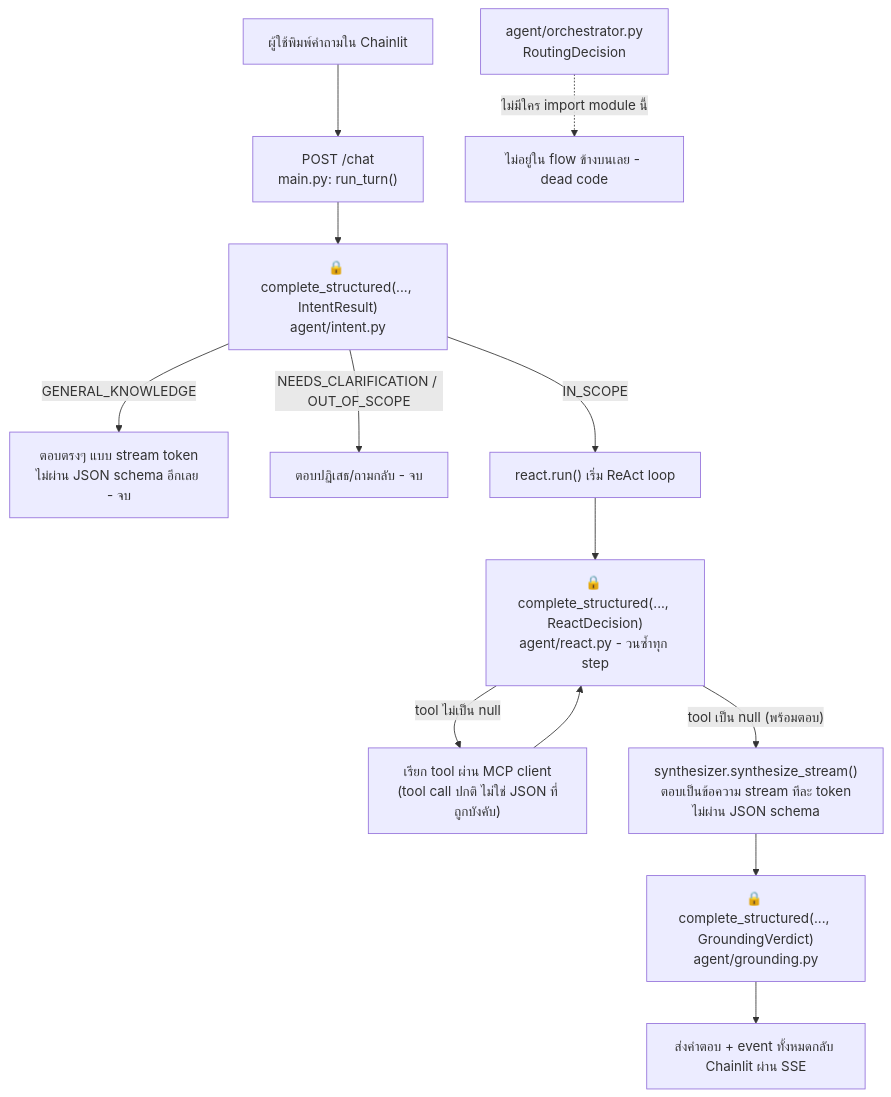
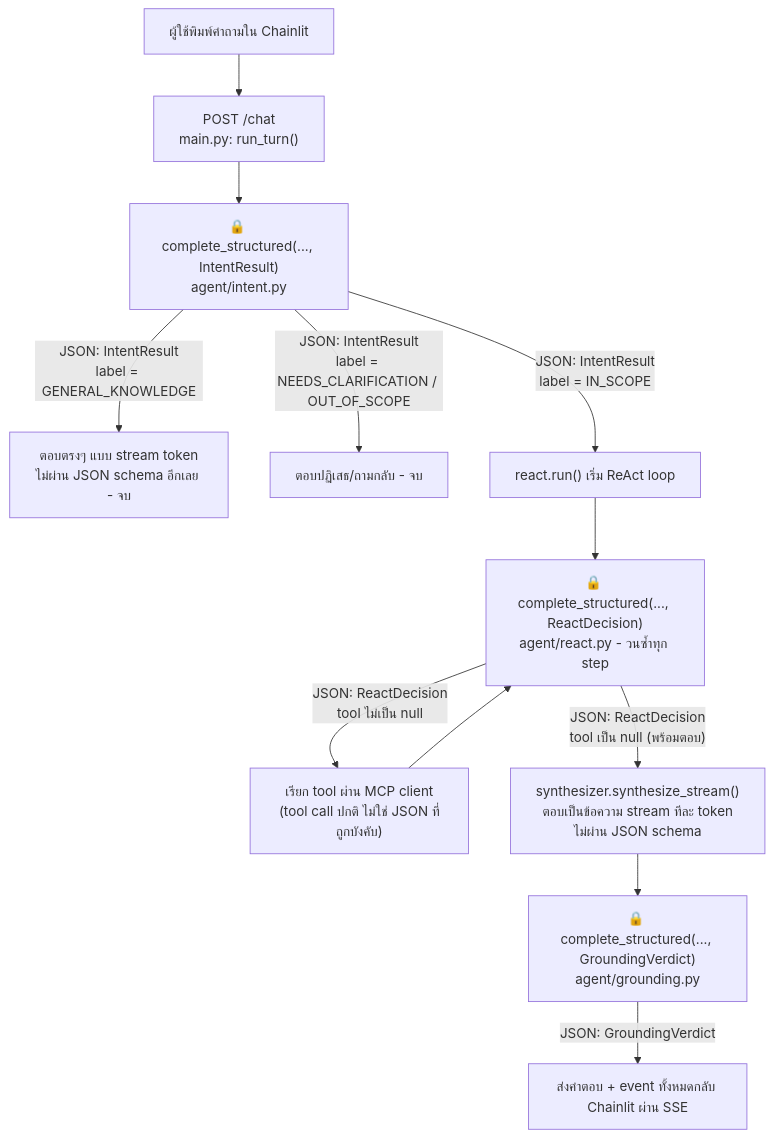
One commit to LLM-CE-KMITL/mcp-workshop changed the diagram in INSTRUCTIONS/day1/08-summary-json-template-in-app.md. Above: the diagram before and after it, drawn with Mermaid.

````diff
--- a/INSTRUCTIONS/day1/08-summary-json-template-in-app.md
+++ b/INSTRUCTIONS/day1/08-summary-json-template-in-app.md
@@ -35,16 +35,14 @@
 ```mermaid
 flowchart TD
     A["ผู้ใช้พิมพ์คำถามใน Chainlit"] --> B["POST /chat<br/>main.py: run_turn()"]
     B --> C["🔒 complete_structured(..., IntentResult)<br/>agent/intent.py"]
-    C -->|"GENERAL_KNOWLEDGE"| D["ตอบตรงๆ แบบ stream token<br/>ไม่ผ่าน JSON schema อีกเลย - จบ"]
-    C -->|"NEEDS_CLARIFICATION / OUT_OF_SCOPE"| E["ตอบปฏิเสธ/ถามกลับ - จบ"]
-    C -->|"IN_SCOPE"| F["react.run() เริ่ม ReAct loop"]
+    C -->|"JSON: IntentResult<br/>label = GENERAL_KNOWLEDGE"| D["ตอบตรงๆ แบบ stream token<br/>ไม่ผ่าน JSON schema อีกเลย - จบ"]
+    C -->|"JSON: IntentResult<br/>label = NEEDS_CLARIFICATION / OUT_OF_SCOPE"| E["ตอบปฏิเสธ/ถามกลับ - จบ"]
+    C -->|"JSON: IntentResult<br/>label = IN_SCOPE"| F["react.run() เริ่ม ReAct loop"]
     F --> G["🔒 complete_structured(..., ReactDecision)<br/>agent/react.py - วนซ้ำทุก step"]
-    G -->|"tool ไม่เป็น null"| H["เรียก tool ผ่าน MCP client<br/>(tool call ปกติ ไม่ใช่ JSON ที่ถูกบังคับ)"]
+    G -->|"JSON: ReactDecision<br/>tool ไม่เป็น null"| H["เรียก tool ผ่าน MCP client<br/>(tool call ปกติ ไม่ใช่ JSON ที่ถูกบังคับ)"]
     H --> G
-    G -->|"tool เป็น null (พร้อมตอบ)"| I["synthesizer.synthesize_stream()<br/>ตอบเป็นข้อความ stream ทีละ token<br/>ไม่ผ่าน JSON schema"]
+    G -->|"JSON: ReactDecision<br/>tool เป็น null (พร้อมตอบ)"| I["synthesizer.synthesize_stream()<br/>ตอบเป็นข้อความ stream ทีละ token<br/>ไม่ผ่าน JSON schema"]
     I --> J["🔒 complete_structured(..., GroundingVerdict)<br/>agent/grounding.py"]
-    J --> K["ส่งคำตอบ + event ทั้งหมดกลับ Chainlit ผ่าน SSE"]
-
-    L["agent/orchestrator.py<br/>RoutingDecision"] -.->|"ไม่มีใคร import module นี้"| M["ไม่อยู่ใน flow ข้างบนเลย - dead code"]
+    J -->|"JSON: GroundingVerdict"| K["ส่งคำตอบ + event ทั้งหมดกลับ Chainlit ผ่าน SSE"]
 ```
````
